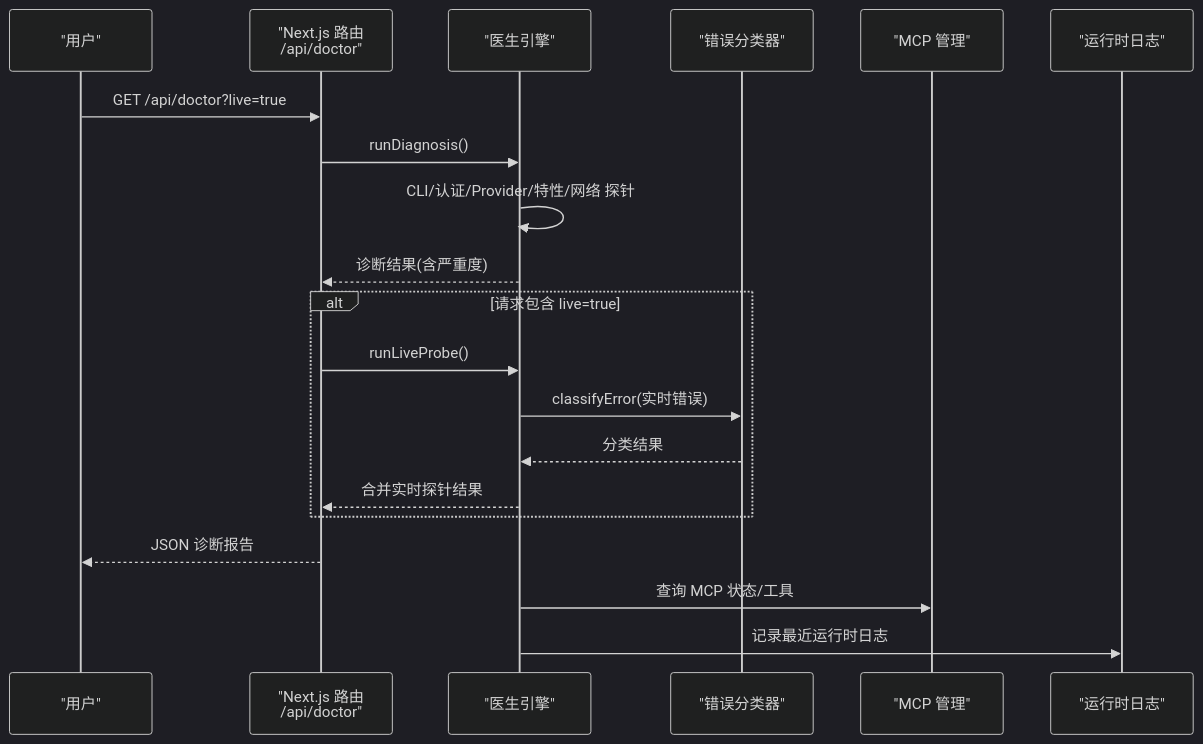
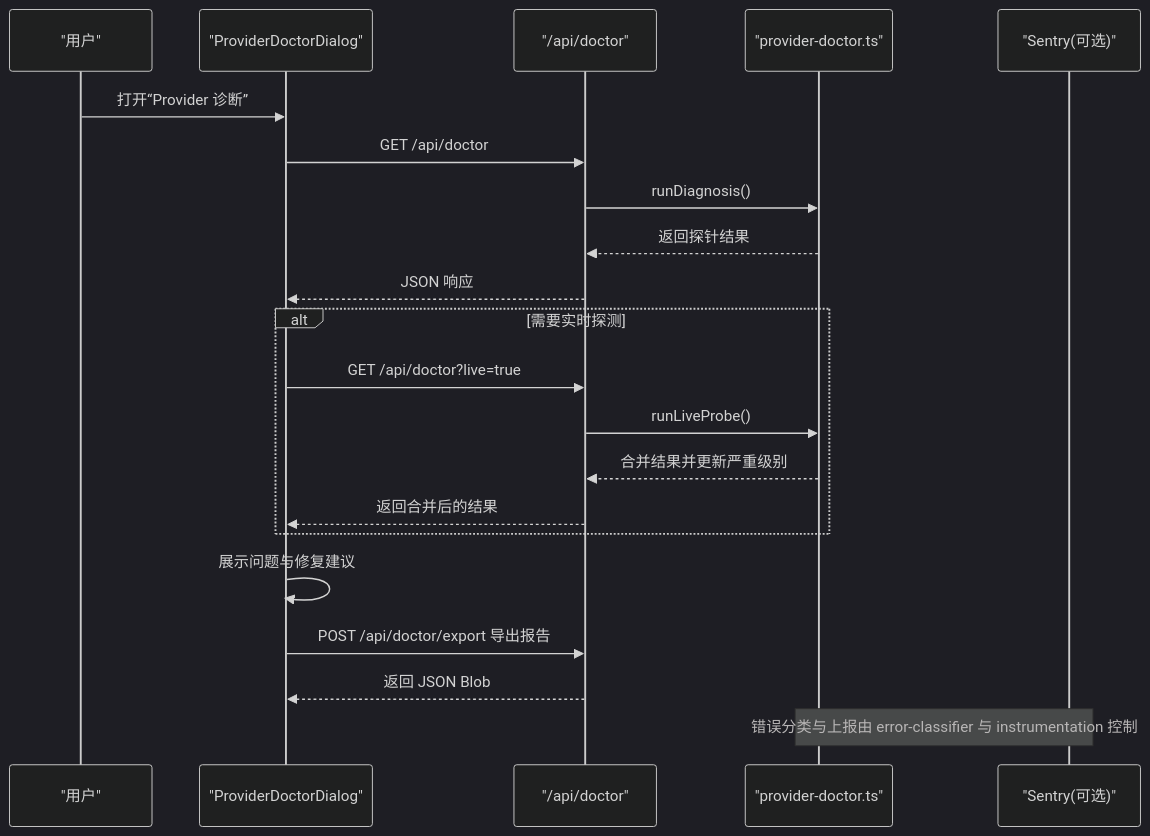
The second of 4 diagrams in .qoder/repowiki/zh/content/故障排除.md (haolange/CodePilot), drawn with Mermaid (dark theme) before and after one commit. The commit also changed other lines of this file and 203 other files, not shown here.

````diff
--- a/.qoder/repowiki/zh/content/故障排除.md
+++ b/.qoder/repowiki/zh/content/故障排除.md
@@ -103,22 +145,23 @@
 ```mermaid
 sequenceDiagram
 participant U as "用户"
-participant N as "Next.js 路由<br/>/api/doctor"
-participant D as "医生引擎"
-participant C as "错误分类器"
-participant M as "MCP 管理"
-participant L as "运行时日志"
-U->>N : GET /api/doctor?live=true
-N->>D : runDiagnosis()
-D->>D : CLI/认证/Provider/特性/网络 探针
-D-->>N : 诊断结果(含严重度)
-alt 请求包含 live=true
-N->>D : runLiveProbe()
-D->>C : classifyError(实时错误)
-C-->>D : 分类结果
-D-->>N : 合并实时探针结果
+participant UI as "ProviderDoctorDialog"
+participant API as "/api/doctor"
+participant Impl as "provider-doctor.ts"
+participant S as "Sentry(可选)"
+U->>UI : 打开“Provider 诊断”
+UI->>API : GET /api/doctor
+API->>Impl : runDiagnosis()
+Impl-->>API : 返回探针结果
+API-->>UI : JSON 响应
+alt 需要实时探测
+UI->>API : GET /api/doctor?live=true
+API->>Impl : runLiveProbe()
+Impl-->>API : 合并结果并更新严重级别
+API-->>UI : 返回合并后的结果
 end
-N-->>U : JSON 诊断报告
-D->>M : 查询 MCP 状态/工具
-D->>L : 记录最近运行时日志
+UI->>UI : 展示问题与修复建议
+UI->>API : POST /api/doctor/export 导出报告
+API-->>UI : 返回 JSON Blob
+note over Impl,S : 错误分类与上报由 error-classifier 与 instrumentation 控制
 ```
````
